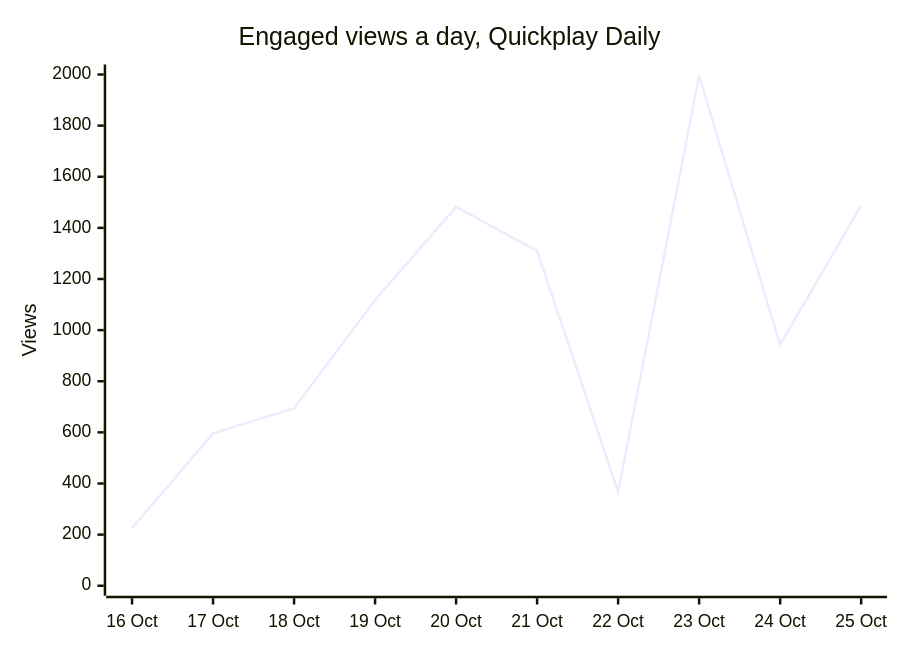
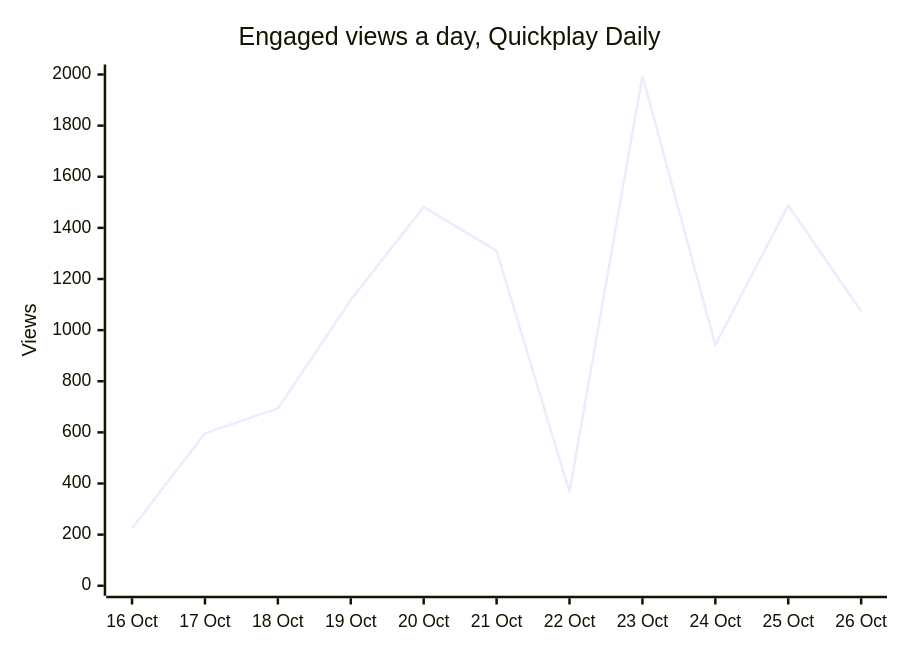
Before and after one commit to quickplay-studio/quickplay-autopilot: the diagram in README.md, drawn with Mermaid. The commit also changed other lines of this file and 12 other files, not shown here.

````diff
--- a/README.md
+++ b/README.md
@@ -45,7 +45,7 @@
 ```mermaid
 xychart-beta
     title "Engaged views a day, Quickplay Daily"
-    x-axis ["16 Oct", "17 Oct", "18 Oct", "19 Oct", "20 Oct", "21 Oct", "22 Oct", "23 Oct", "24 Oct", "25 Oct"]
+    x-axis ["16 Oct", "17 Oct", "18 Oct", "19 Oct", "20 Oct", "21 Oct", "22 Oct", "23 Oct", "24 Oct", "25 Oct", "26 Oct"]
     y-axis "Views" 0 --> 2000
-    line [225, 596, 694, 1118, 1482, 1310, 367, 1995, 942, 1488]
+    line [225, 596, 694, 1118, 1482, 1310, 367, 1995, 942, 1488, 1074]
 ```
````
